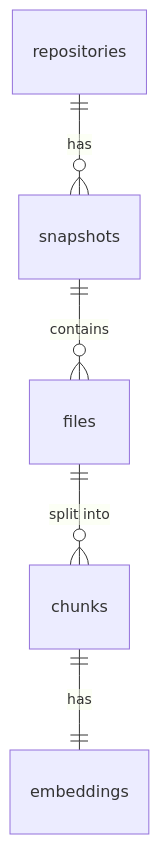
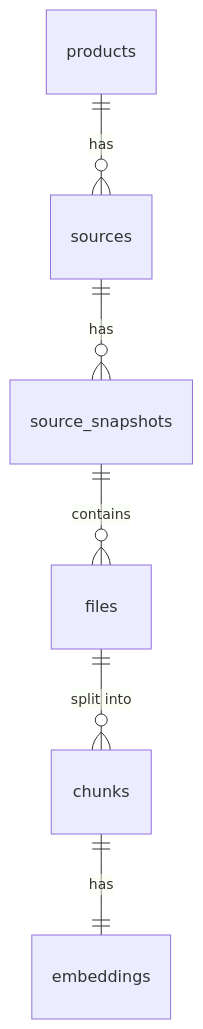
Before and after one commit to jinford/dev-rag: the second of 2 diagrams in docs/design.md, drawn with Mermaid. The commit also changed other lines of this file and 23 other files, not shown here.

````diff
--- a/docs/design.md
+++ b/docs/design.md
@@ -149,7 +149,8 @@
 ```mermaid
 erDiagram
-    repositories ||--o{ snapshots : "has"
-    snapshots ||--o{ files : "contains"
+    products ||--o{ sources : "has"
+    sources ||--o{ source_snapshots : "has"
+    source_snapshots ||--o{ files : "contains"
     files ||--o{ chunks : "split into"
     chunks ||--|| embeddings : "has"
 ```
````
